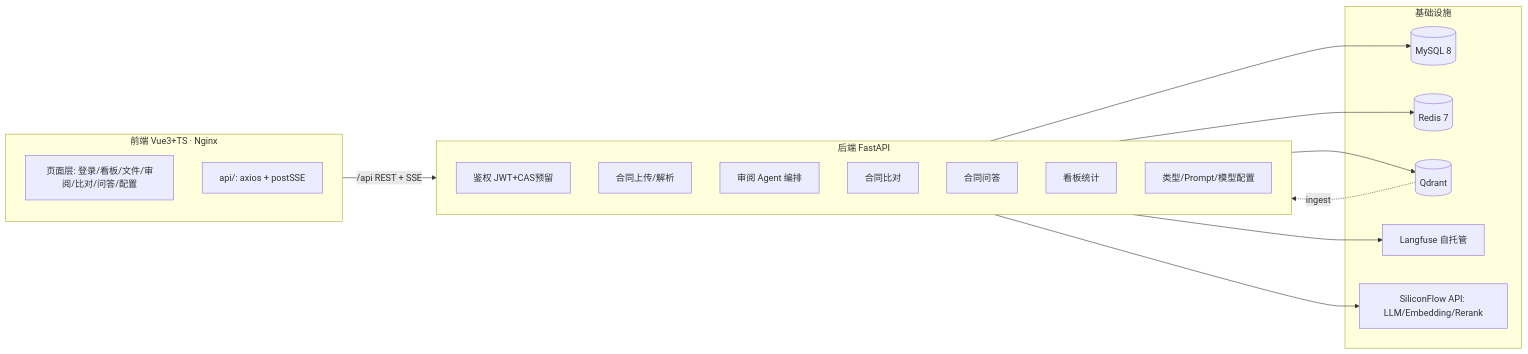
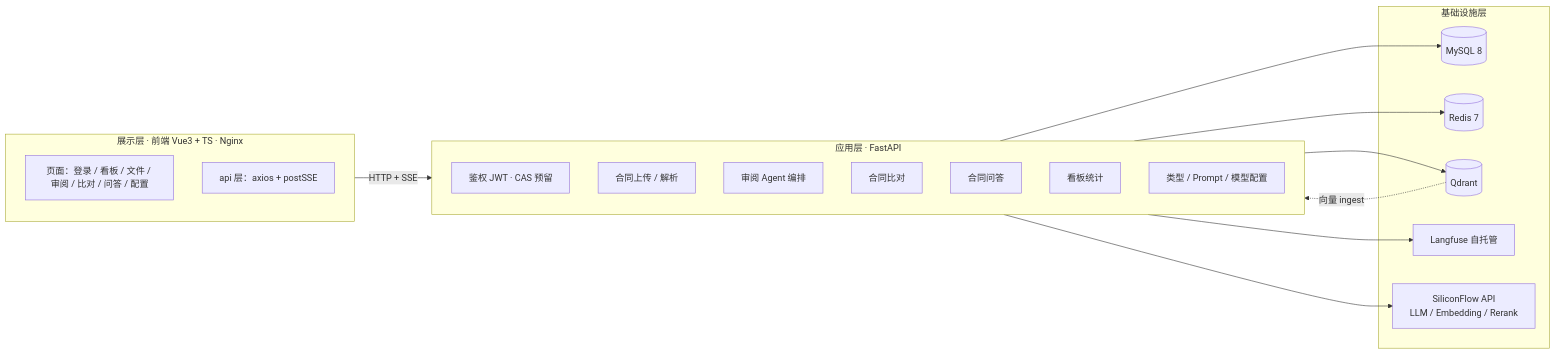
The first of 6 diagrams in docs/DESIGN.md (wangn-tech/contract-review), drawn with Mermaid before and after one commit. The commit also changed other lines of this file and 3 other files, not shown here.

Commit message:
docs: fix mermaid rendering (quoted labels), add DB schema design with E-R diagram, normalize architecture diagrams, extend golden set to 58 cases, add quickstart guide

````diff
--- a/docs/DESIGN.md
+++ b/docs/DESIGN.md
@@ -30,30 +30,30 @@
 ```mermaid
 flowchart LR
-    subgraph FE[前端 Vue3+TS · Nginx]
-        UI[页面层: 登录/看板/文件/审阅/比对/问答/配置]
-        API[api/: axios + postSSE]
+    subgraph FE["展示层 · 前端 Vue3 + TS · Nginx"]
+        UI["页面：登录 / 看板 / 文件 / 审阅 / 比对 / 问答 / 配置"]
+        API["api 层：axios + postSSE"]
     end
-    subgraph BE[后端 FastAPI]
-        AUTH[鉴权 JWT+CAS预留]
-        CON[合同上传/解析]
-        REV[审阅 Agent 编排]
-        CMP[合同比对]
-        CHAT[合同问答]
-        DASH[看板统计]
-        ADM[类型/Prompt/模型配置]
+    subgraph BE["应用层 · FastAPI"]
+        AUTH["鉴权 JWT · CAS 预留"]
+        CON["合同上传 / 解析"]
+        REV["审阅 Agent 编排"]
+        CMP["合同比对"]
+        CHAT["合同问答"]
+        DASH["看板统计"]
+        ADM["类型 / Prompt / 模型配置"]
     end
-    subgraph INFRA[基础设施]
-        MYSQL[(MySQL 8)]
-        REDIS[(Redis 7)]
-        QDRANT[(Qdrant)]
-        LF[Langfuse 自托管]
-        SF[SiliconFlow API: LLM/Embedding/Rerank]
+    subgraph INFRA["基础设施层"]
+        MYSQL[("MySQL 8")]
+        REDIS[("Redis 7")]
+        QDRANT[("Qdrant")]
+        LF["Langfuse 自托管"]
+        SF["SiliconFlow API<br/>LLM / Embedding / Rerank"]
     end
-    FE -- "/api REST + SSE" --> BE
+    FE -- "HTTP + SSE" --> BE
     BE --> MYSQL
     BE --> REDIS
     BE --> QDRANT
     BE --> LF
     BE --> SF
-    QDRANT -.ingest.-> BE
+    QDRANT -. "向量 ingest" .-> BE
 ```
````
